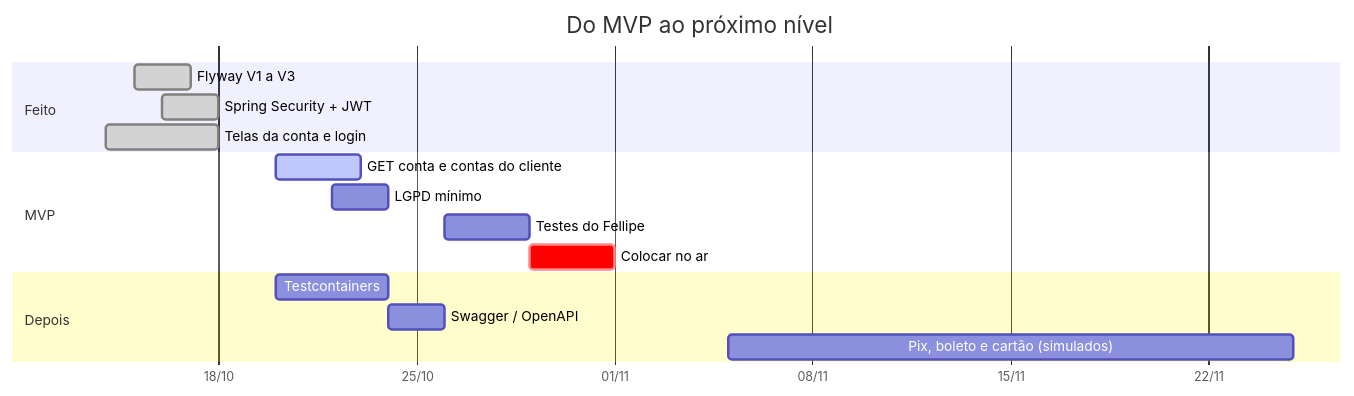
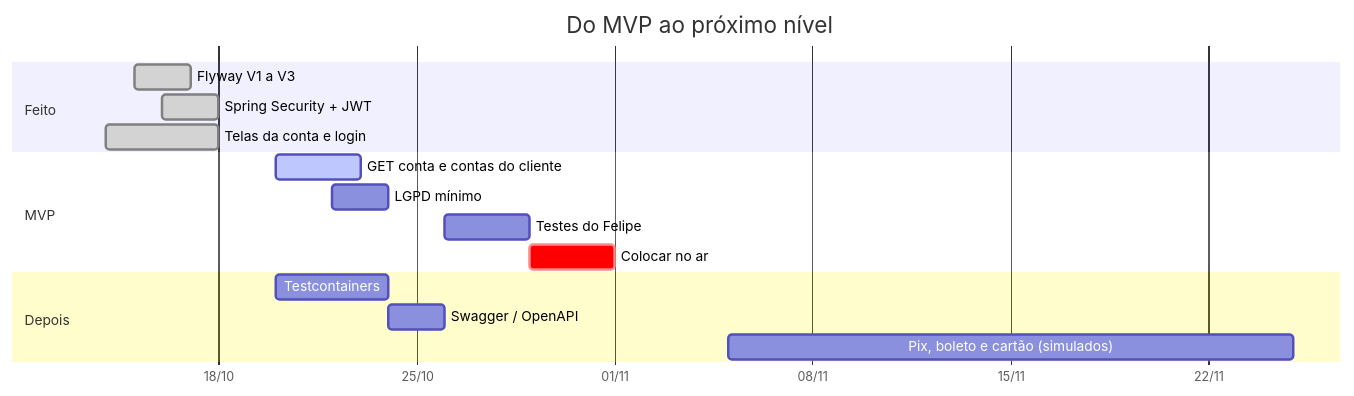
One commit to k3vinrich4rd/rkf_bank changed the eighth of 9 diagrams in README.md. Above: the diagram before and after it, drawn with Mermaid. The commit also changed other lines of this file, not shown here.

````diff
--- a/README.md
+++ b/README.md
@@ -712,19 +865,19 @@
 ```mermaid
 gantt
     title Do MVP ao próximo nível
     dateFormat YYYY-MM-DD
     axisFormat %d/%m
     section Feito
     Flyway V1 a V3                 :done,   f1, 2026-10-15, 2d
     Spring Security + JWT          :done,   f2, 2026-10-16, 2d
     Telas da conta e login         :done,   f0, 2026-10-14, 4d
     section MVP
     GET conta e contas do cliente  :active, m1, 2026-10-20, 3d
     LGPD mínimo                    :        m2, 2026-10-22, 2d
-    Testes do Fellipe              :        m3, 2026-10-26, 3d
+    Testes do Felipe              :        m3, 2026-10-26, 3d
     Colocar no ar                  :crit,   m4, 2026-10-29, 3d
     section Depois
     Testcontainers                 :        p1, 2026-10-20, 4d
     Swagger / OpenAPI              :        p2, after p1, 2d
     Pix, boleto e cartão (simulados) :      p3, 2026-11-05, 20d
 ```
````
